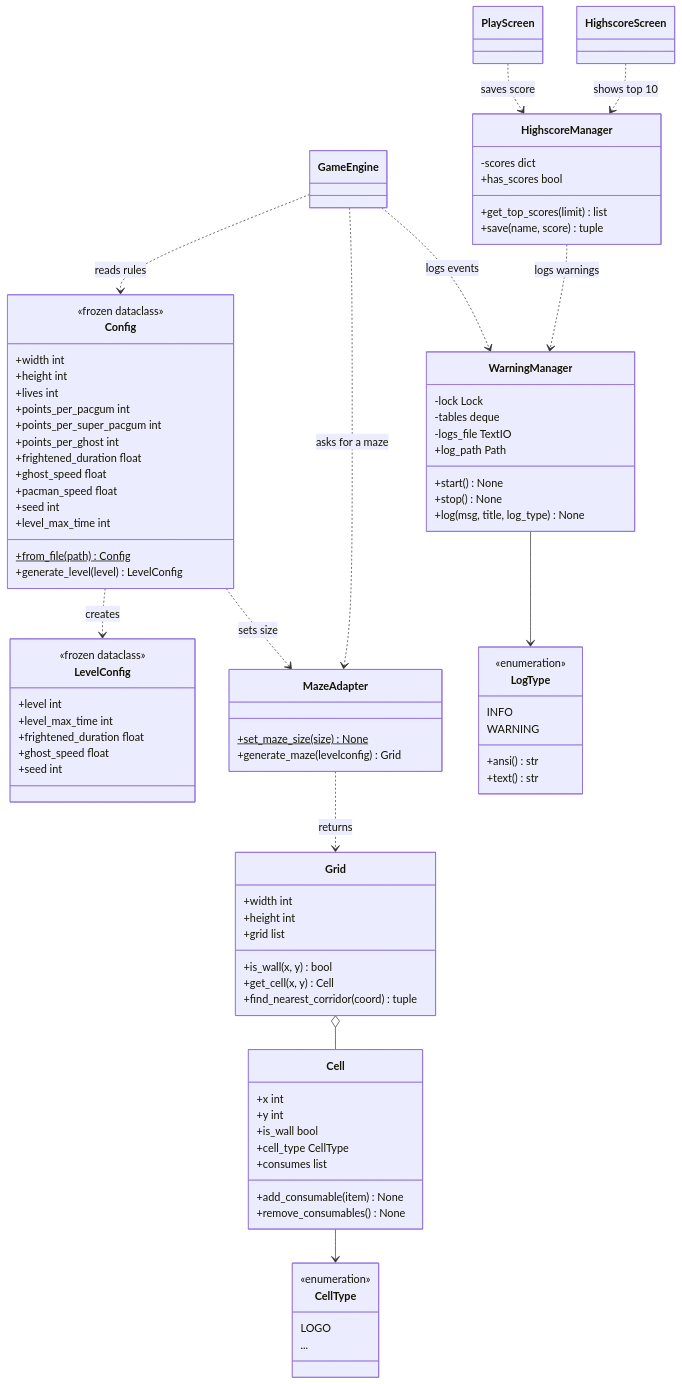
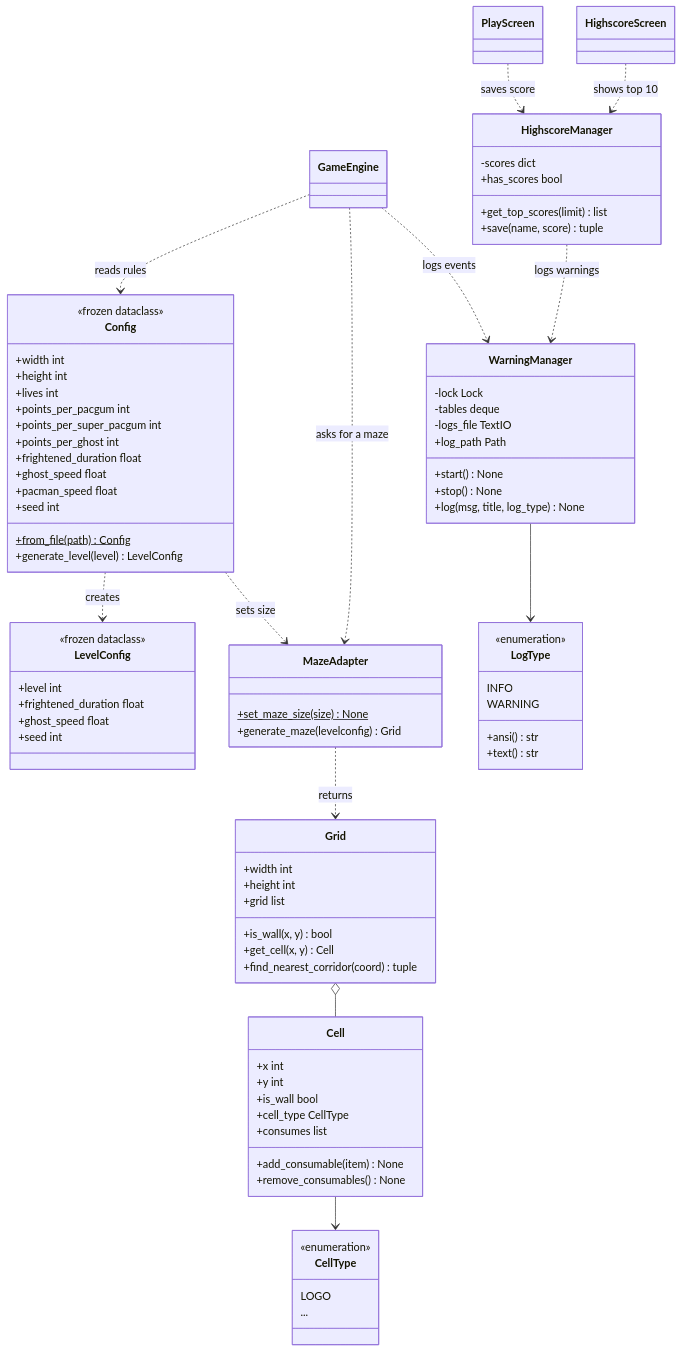
The fourth of 8 diagrams in project_management/uml.md (Roy-ALPHA/Pac-Man), drawn with Mermaid before and after one commit. The commit also changed 3 other files, not shown here.

Commit message:
Remove level_max_time from configuration documentation and UML

```diff
--- a/project_management/uml.md
+++ b/project_management/uml.md
@@ -354,7 +354,6 @@
         +ghost_speed float
         +pacman_speed float
         +seed int
-        +level_max_time int
         +from_file(path)$ Config
         +generate_level(level) LevelConfig
     }
@@ -362,7 +361,6 @@
     class LevelConfig {
         <<frozen dataclass>>
         +level int
-        +level_max_time int
         +frightened_duration float
         +ghost_speed float
         +seed int
```
